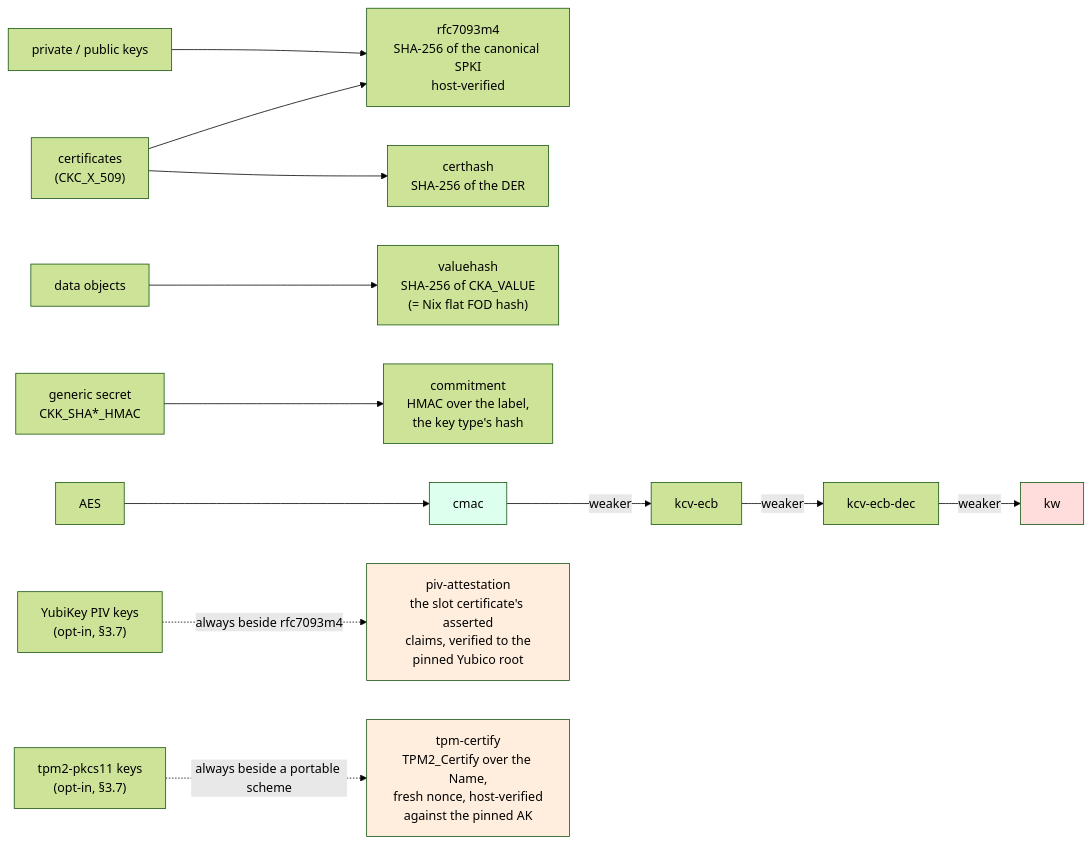
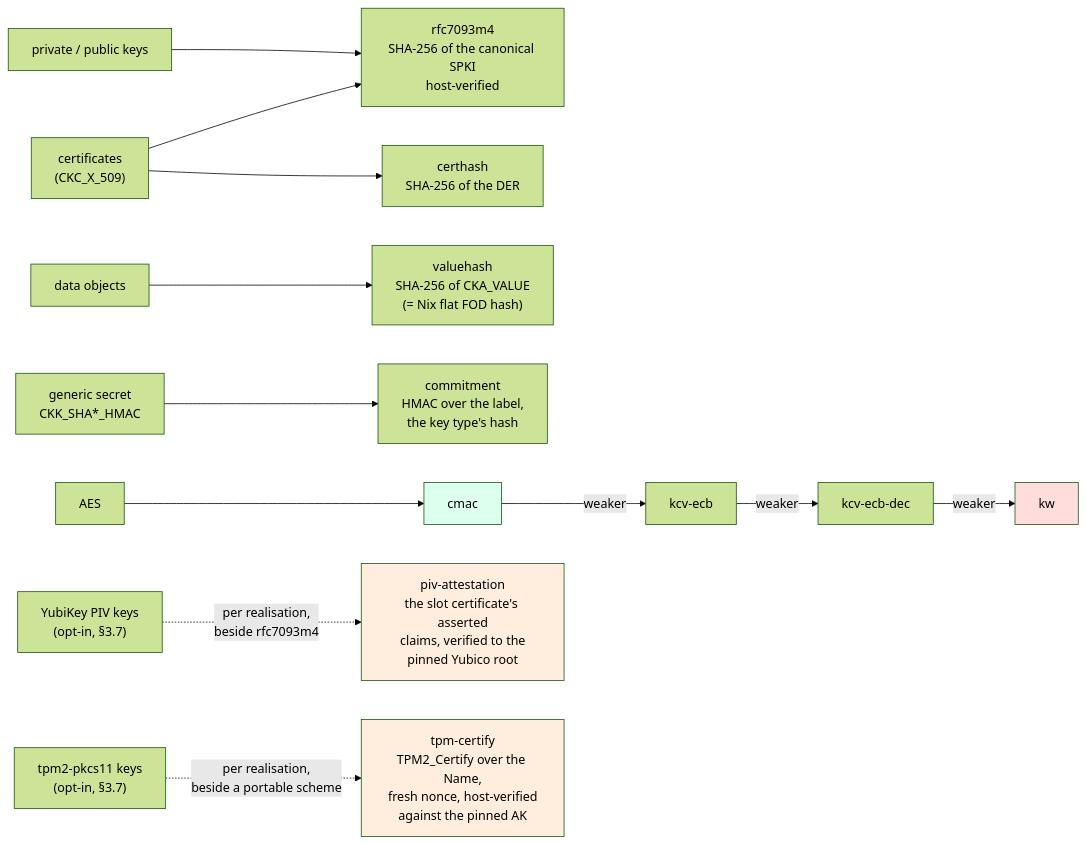
Before and after one commit to Princemachiavelli/cakeys: the fourth of 5 diagrams in docs/diagrams.md, drawn with Mermaid (forest theme). The commit also changed other lines of this file and 22 other files, not shown here.

First line of the commit message:
Attestation review fixes: per-realisation attestation IDs, honest downgrades, TPM and PIV hardening

````diff
--- a/docs/diagrams.md
+++ b/docs/diagrams.md
@@ -104,18 +104,18 @@
 ```mermaid
 flowchart LR
     PK["private / public keys"] --> R["rfc7093m4<br/>SHA-256 of the canonical SPKI<br/>host-verified"]
     C["certificates<br/>(CKC_X_509)"] --> CH["certhash<br/>SHA-256 of the DER"]
     C --> R
     D["data objects"] --> VH["valuehash<br/>SHA-256 of CKA_VALUE<br/>(= Nix flat FOD hash)"]
     G["generic secret<br/>CKK_SHA*_HMAC"] --> COM["commitment<br/>HMAC over the label,<br/>the key type's hash"]
     A["AES"] --> CM["cmac"]
     CM -- weaker --> K1["kcv-ecb"]
     K1 -- weaker --> K2["kcv-ecb-dec"]
     K2 -- weaker --> KW["kw"]
-    YK["YubiKey PIV keys<br/>(opt-in, §3.7)"] -. "always beside rfc7093m4" .-> PA["piv-attestation<br/>the slot certificate's asserted<br/>claims, verified to the<br/>pinned Yubico root"]
-    TP["tpm2-pkcs11 keys<br/>(opt-in, §3.7)"] -. "always beside a portable scheme" .-> TC["tpm-certify<br/>TPM2_Certify over the Name,<br/>fresh nonce, host-verified<br/>against the pinned AK"]
+    YK["YubiKey PIV keys<br/>(opt-in, §3.7)"] -. "per realisation,<br/>beside rfc7093m4" .-> PA["piv-attestation<br/>the slot certificate's asserted<br/>claims, verified to the<br/>pinned Yubico root"]
+    TP["tpm2-pkcs11 keys<br/>(opt-in, §3.7)"] -. "per realisation,<br/>beside a portable scheme" .-> TC["tpm-certify<br/>TPM2_Certify over the Name,<br/>fresh nonce, host-verified<br/>against the pinned AK"]
     style CM fill:#dfe
     style KW fill:#fdd
     style PA fill:#fed
     style TC fill:#fed
 ```
````
